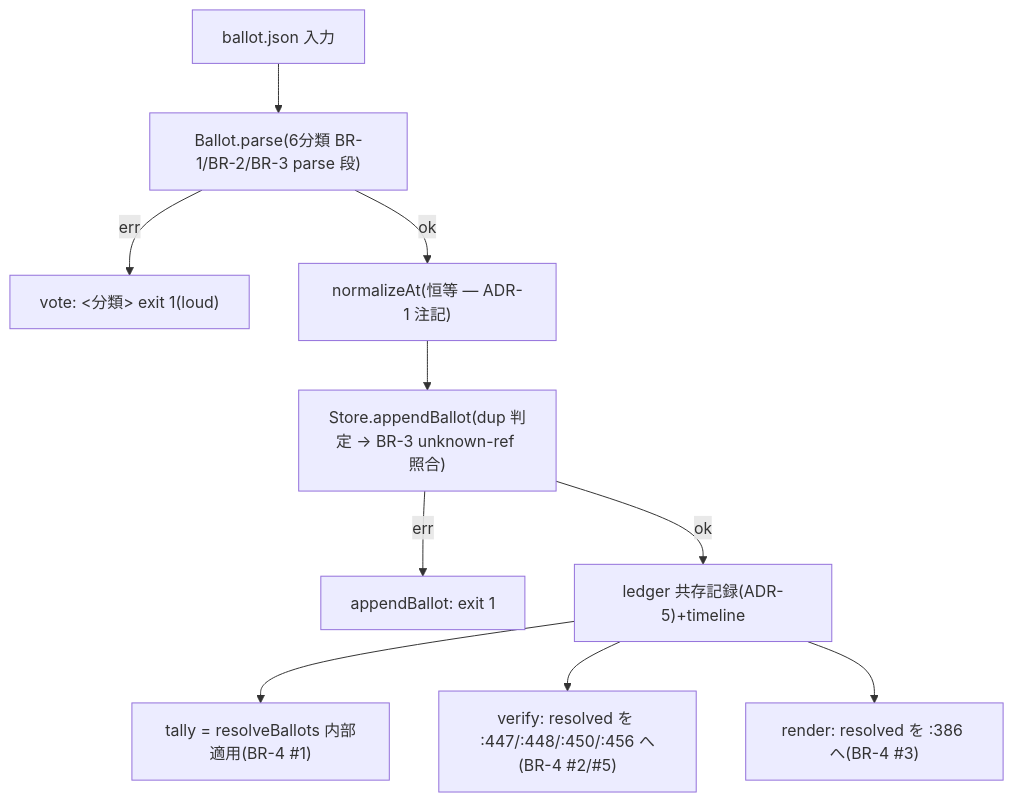
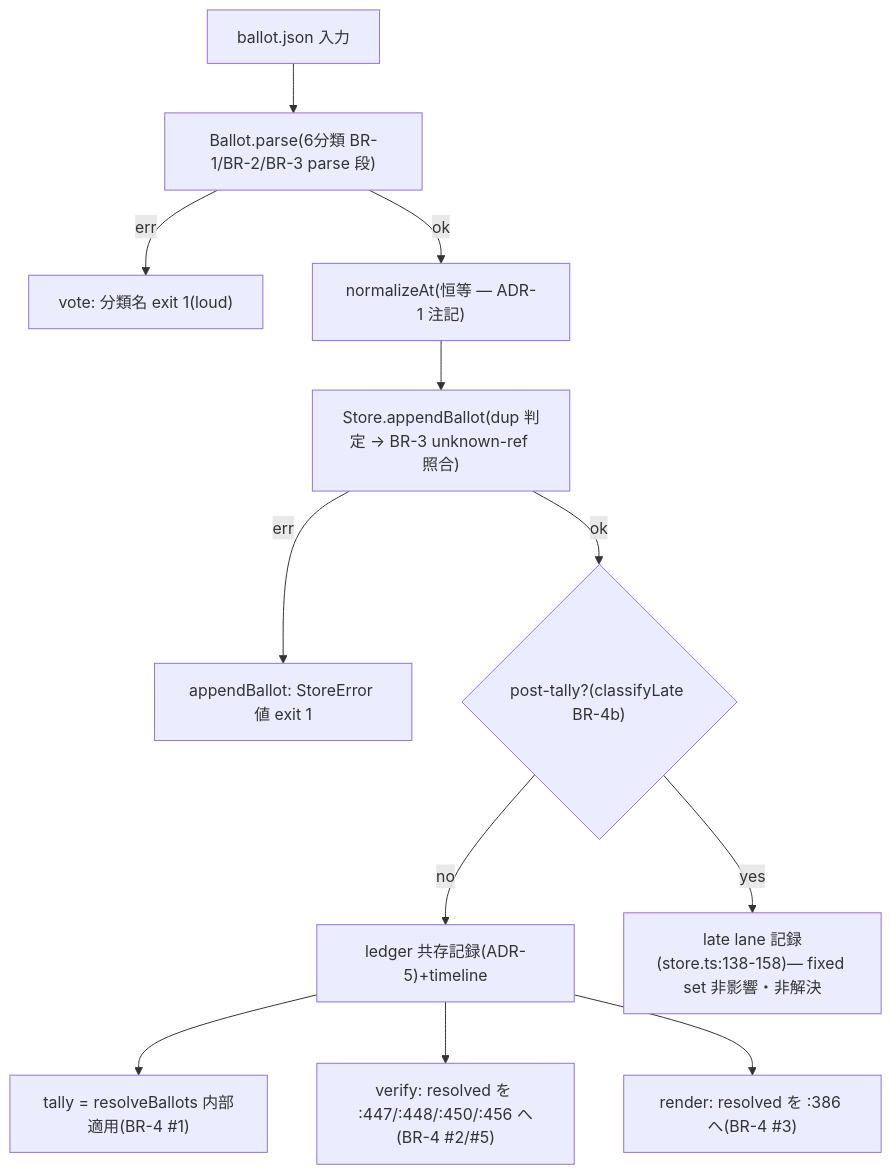
The diagram in amadeus/spaces/default/intents/260719-ballot-failclosed-amend/construction/ballot-acceptance-failclosed/functional-design/business-logic-model.md (amadeus-dlc/amadeus), drawn with Mermaid before and after one commit. The commit also changed other lines of this file and 5 other files, not shown here.

Commit message:
record(ballot-failclosed-amend): FD iteration 1 fixes — BR-4b late lane, AD wording reconcile, mermaid labels

````diff
--- a/amadeus/spaces/default/intents/260719-ballot-failclosed-amend/construction/ballot-acceptance-failclosed/functional-design/business-logic-model.md
+++ b/amadeus/spaces/default/intents/260719-ballot-failclosed-amend/construction/ballot-acceptance-failclosed/functional-design/business-logic-model.md
@@ -7,12 +7,14 @@
 ```mermaid
 flowchart TD
   IN["ballot.json 入力"] --> P["Ballot.parse(6分類 BR-1/BR-2/BR-3 parse 段)"]
-  P -- err --> E1["vote: <分類> exit 1(loud)"]
+  P -- err --> E1["vote: 分類名 exit 1(loud)"]
   P -- ok --> N["normalizeAt(恒等 — ADR-1 注記)"]
   N --> S["Store.appendBallot(dup 判定 → BR-3 unknown-ref 照合)"]
-  S -- err --> E2["appendBallot: <StoreError> exit 1"]
-  S -- ok --> L["ledger 共存記録(ADR-5)+timeline"]
+  S -- err --> E2["appendBallot: StoreError 値 exit 1"]
+  S -- ok --> PT{"post-tally?(classifyLate BR-4b)"}
+  PT -- no --> L["ledger 共存記録(ADR-5)+timeline"]
+  PT -- yes --> LT["late lane 記録(store.ts:138-158)— fixed set 非影響・非解決"]
   L --> T["tally = resolveBallots 内部適用(BR-4 #1)"]
   L --> V["verify: resolved を :447/:448/:450/:456 へ(BR-4 #2/#5)"]
   L --> Rn["render: resolved を :386 へ(BR-4 #3)"]
 ```
````
